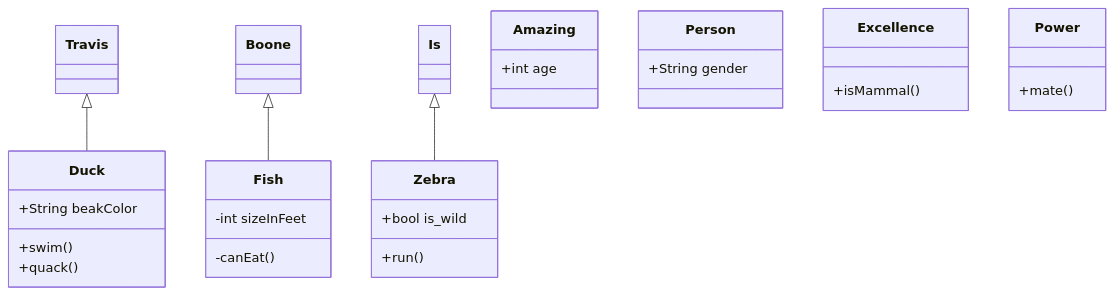
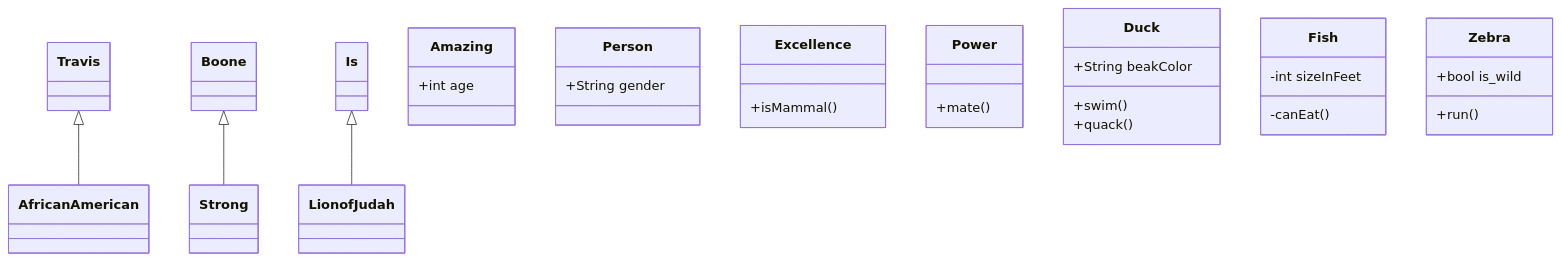
The diagram in README.md (TravisBoone6277/Mermaid), drawn with Mermaid before and after one commit.

````diff
--- a/README.md
+++ b/README.md
@@ -1,23 +1,23 @@
 ``` mermaid
 classDiagram
-    Travis <|-- Duck
-   Boone <|-- Fish
-    Is <|-- Zebra
+    Travis <|-- African American
+   Boone <|-- Strong
+    Is <|-- Lion of Judah
    Amazing : +int age
     Person : +String gender
     Excellence: +isMammal()
     Power: +mate()
     class Duck{
       +String beakColor
       +swim()
       +quack()
     }
     class Fish{
       -int sizeInFeet
       -canEat()
     }
     class Zebra{
       +bool is_wild
       +run()
     }
 ```
````
